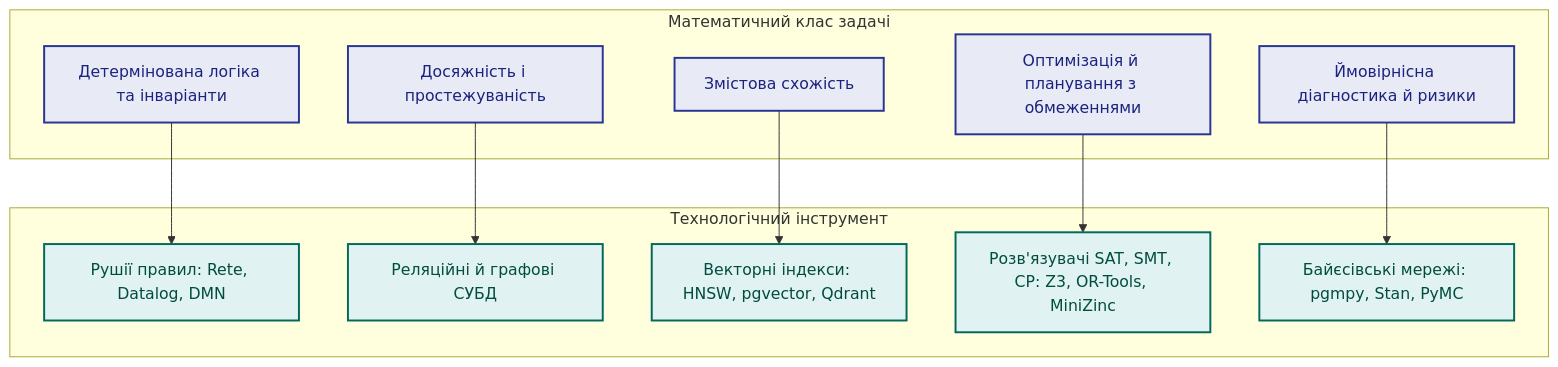
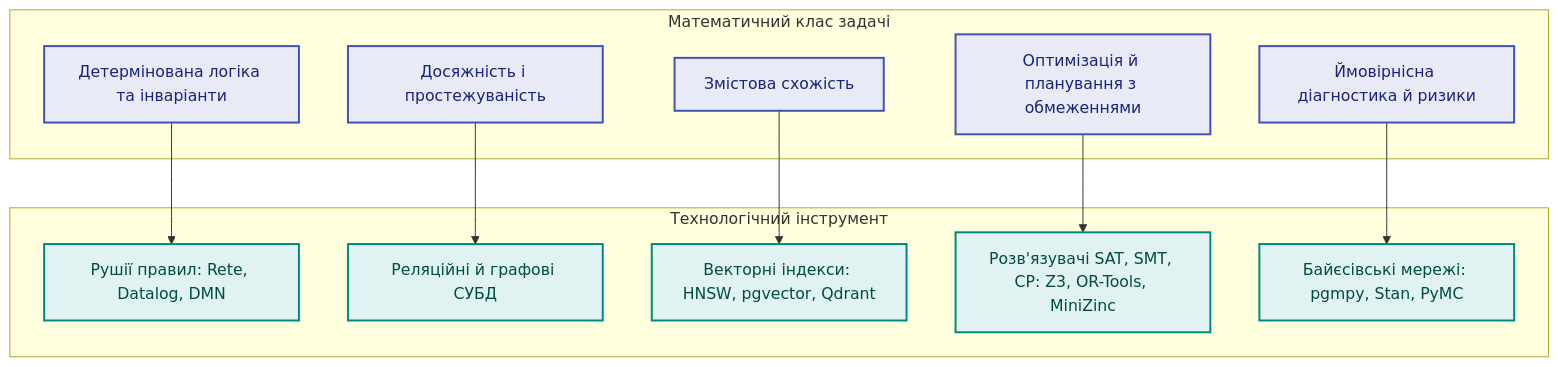
Before and after one commit to nick-fedchik/articles: the first of 3 diagrams in ExpertSystem/ch17-implementation-stack.md, drawn with Mermaid. The commit also changed other lines of this file and 4 other files, not shown here.

````diff
--- a/ExpertSystem/ch17-implementation-stack.md
+++ b/ExpertSystem/ch17-implementation-stack.md
@@ -31,33 +37,33 @@
 ```mermaid
 flowchart TD
     accTitle: Відповідність математичних класів задач технологічним інструментам
     accDescr: П'ять класів задач, від детермінованої логіки до ймовірнісної діагностики, і класи інструментів, що їм відповідають.
 
     subgraph Math["Математичний клас задачі"]
         M1["Детермінована логіка та інваріанти"]
         M2["Досяжність і простежуваність"]
         M3["Змістова схожість"]
         M4["Оптимізація й планування з обмеженнями"]
         M5["Ймовірнісна діагностика й ризики"]
     end
 
     subgraph Tech["Технологічний інструмент"]
         T1["Рушії правил: Rete, Datalog, DMN"]
         T2["Реляційні й графові СУБД"]
         T3["Векторні індекси: HNSW, pgvector, Qdrant"]
         T4["Розв'язувачі SAT, SMT, CP: Z3, OR-Tools, MiniZinc"]
         T5["Байєсівські мережі: pgmpy, Stan, PyMC"]
     end
 
     M1 --> T1
     M2 --> T2
     M3 --> T3
     M4 --> T4
     M5 --> T5
 
-    classDef math fill:#e8eaf6,stroke:#283593,stroke-width:2px,color:#1a237e;
-    classDef tech fill:#e0f2f1,stroke:#00695c,stroke-width:2px,color:#004d40;
+    classDef math fill:#e8eaf6,stroke:#3f51b5,stroke-width:2px,color:#1a237e;
+    classDef tech fill:#e0f2f1,stroke:#00897b,stroke-width:2px,color:#004d40;
 
     class M1,M2,M3,M4,M5 math;
     class T1,T2,T3,T4,T5 tech;
 ```
````
